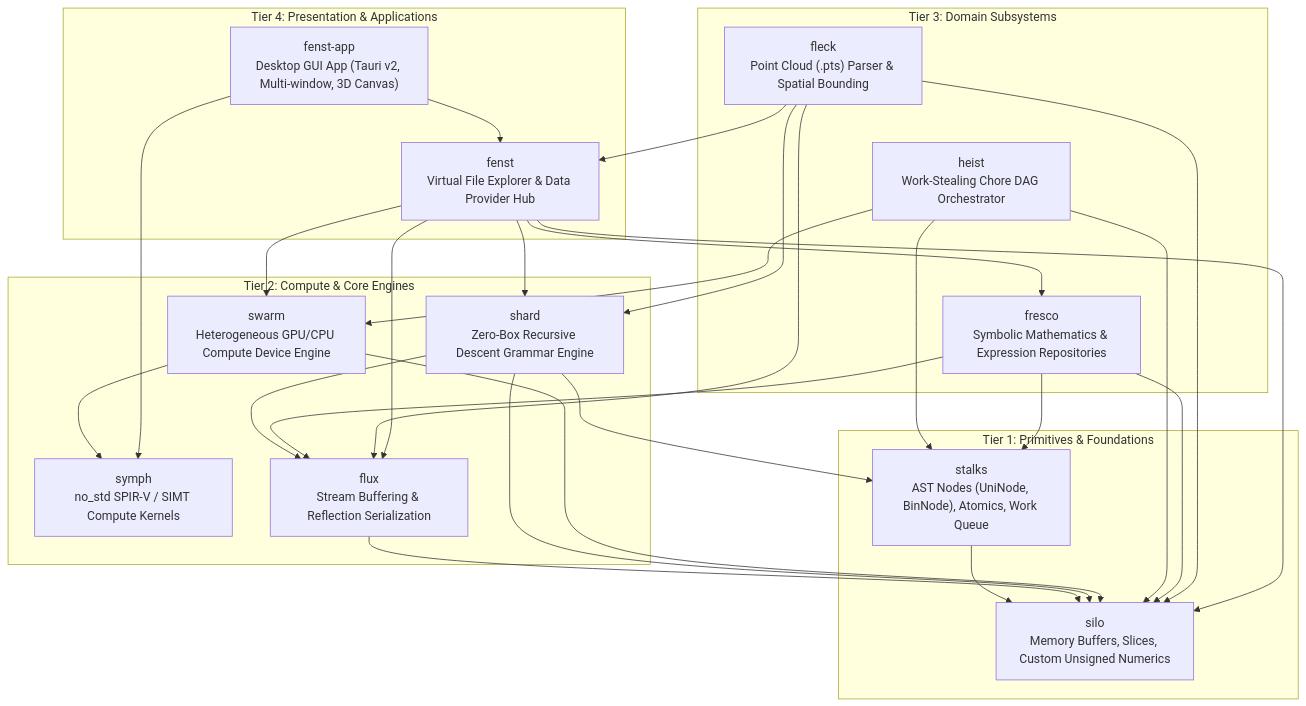
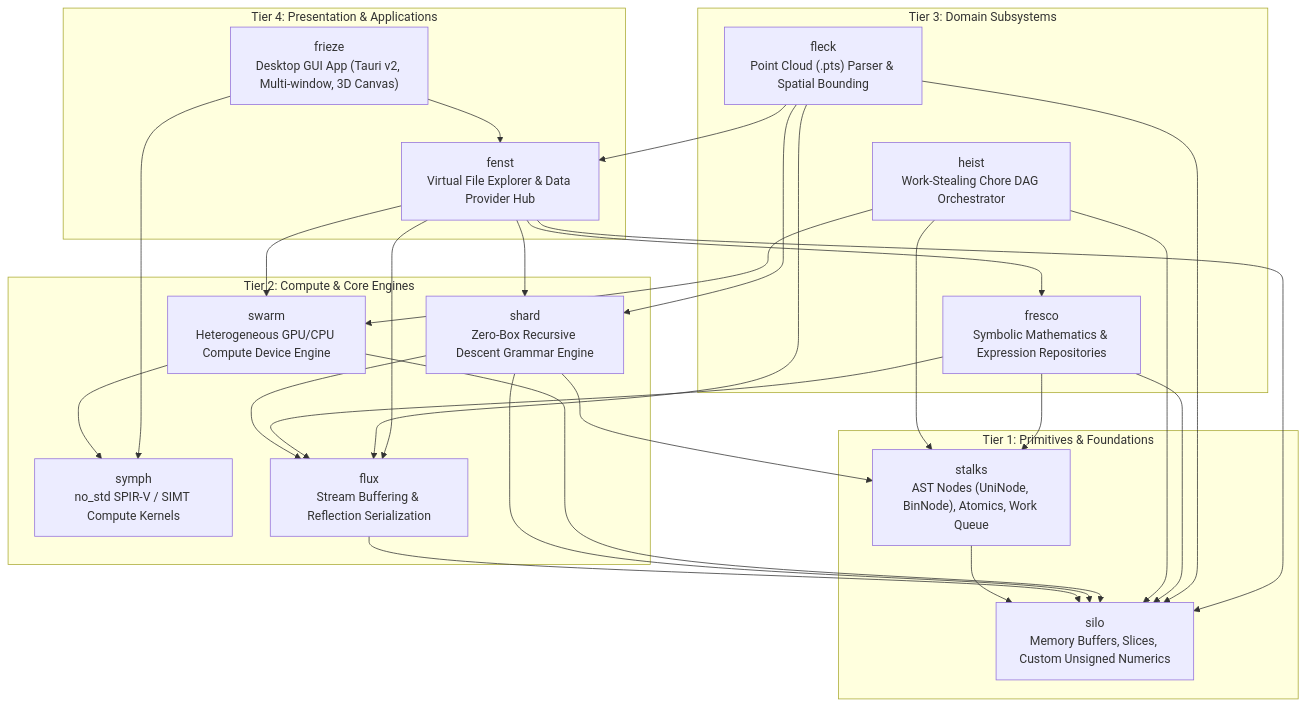
The diagram in wiki/Architecture.md (jswarup/Kosh), drawn with Mermaid before and after one commit. The commit also changed other lines of this file and 25 other files, not shown here.

Commit message:
Rename fenst-app to frieze

````diff
--- a/wiki/Architecture.md
+++ b/wiki/Architecture.md
@@ -17,56 +17,56 @@
 ```mermaid
 graph TD
     subgraph Layer4 ["Tier 4: Presentation & Applications"]
-        FenstApp["fenst-app<br/>Desktop GUI App (Tauri v2, Multi-window, 3D Canvas)"]
+        Frieze["frieze<br/>Desktop GUI App (Tauri v2, Multi-window, 3D Canvas)"]
         Fenst["fenst<br/>Virtual File Explorer & Data Provider Hub"]
     end
 
     subgraph Layer3 ["Tier 3: Domain Subsystems"]
         Fleck["fleck<br/>Point Cloud (.pts) Parser & Spatial Bounding"]
         Fresco["fresco<br/>Symbolic Mathematics & Expression Repositories"]
         Heist["heist<br/>Work-Stealing Chore DAG Orchestrator"]
     end
 
     subgraph Layer2 ["Tier 2: Compute & Core Engines"]
         Swarm["swarm<br/>Heterogeneous GPU/CPU Compute Device Engine"]
         Symph["symph<br/>no_std SPIR-V / SIMT Compute Kernels"]
         Shard["shard<br/>Zero-Box Recursive Descent Grammar Engine"]
         Flux["flux<br/>Stream Buffering & Reflection Serialization"]
     end
 
     subgraph Layer1 ["Tier 1: Primitives & Foundations"]
         Stalks["stalks<br/>AST Nodes (UniNode, BinNode), Atomics, Work Queue"]
         Silo["silo<br/>Memory Buffers, Slices, Custom Unsigned Numerics"]
     end
 
-    FenstApp --> Fenst
-    FenstApp --> Symph
+    Frieze --> Fenst
+    Frieze --> Symph
     Fenst --> Shard
     Fenst --> Fresco
     Fenst --> Flux
     Fenst --> Swarm
     Fenst --> Silo
 
     Fleck --> Shard
     Fleck --> Flux
     Fleck --> Silo
     Fleck --> Fenst
 
     Fresco --> Flux
     Fresco --> Stalks
     Fresco --> Silo
 
     Heist --> Swarm
     Heist --> Stalks
     Heist --> Silo
 
     Swarm --> Symph
     Swarm --> Silo
 
     Shard --> Stalks
     Shard --> Flux
     Shard --> Silo
 
     Flux --> Silo
     Stalks --> Silo
 ```
````
